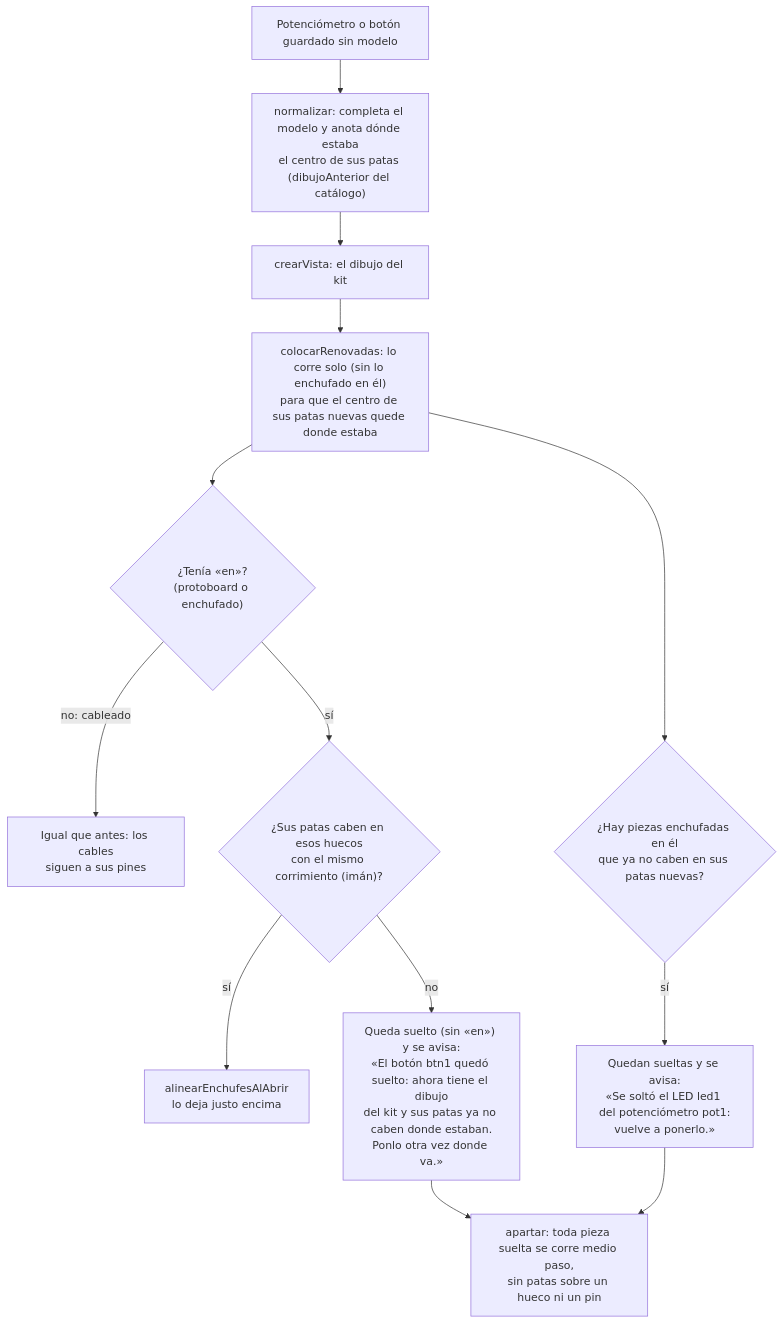
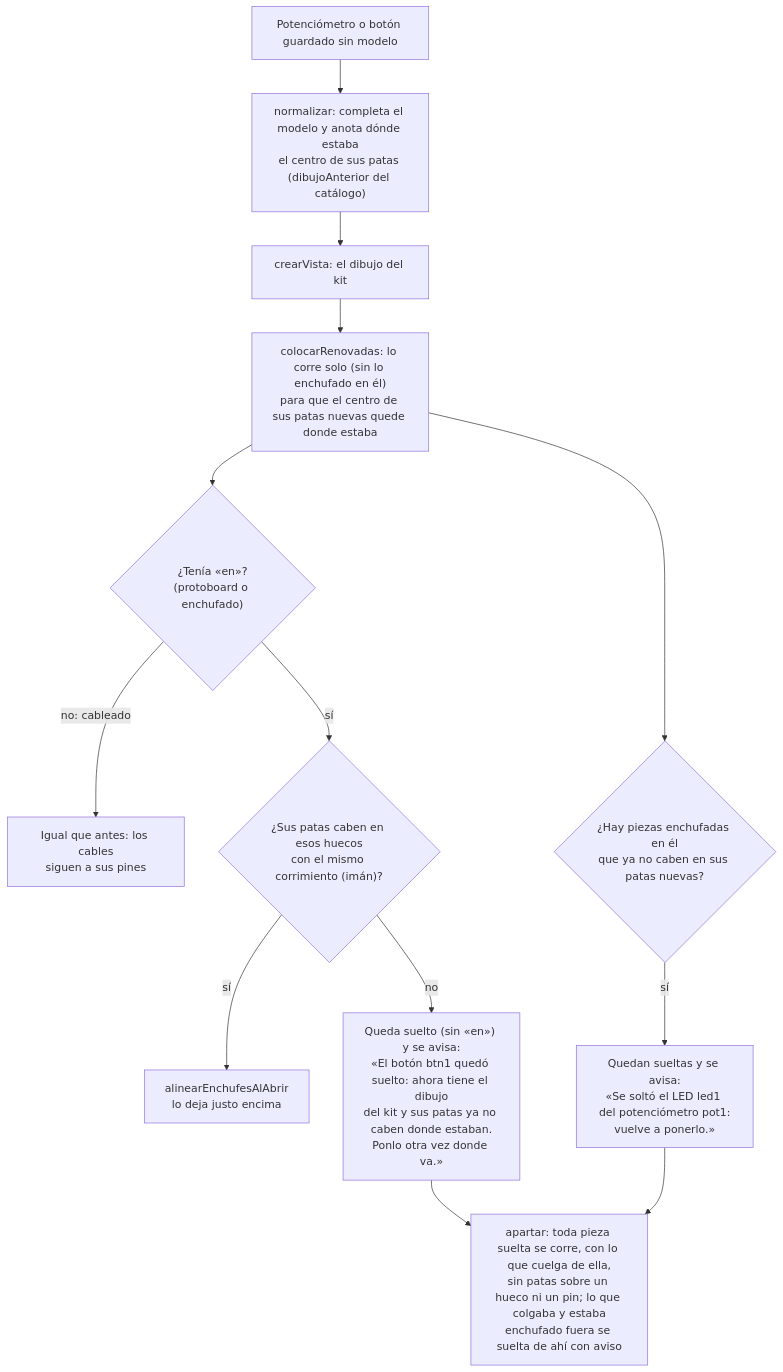
One commit to EMariotte/TecnoCircuito changed the ninth of 9 diagrams in prototipo/COMO-FUNCIONA.md. Above: the diagram before and after it, drawn with Mermaid. The commit also changed other lines of this file and 5 other files, not shown here.

````diff
--- a/prototipo/COMO-FUNCIONA.md
+++ b/prototipo/COMO-FUNCIONA.md
@@ -2372,15 +2372,15 @@
 ```mermaid
 flowchart TD
   A["Potenciómetro o botón guardado sin modelo"] --> B["normalizar: completa el modelo y anota dónde estaba<br/>el centro de sus patas (dibujoAnterior del catálogo)"]
   B --> C["crearVista: el dibujo del kit"]
   C --> D["colocarRenovadas: lo corre solo (sin lo enchufado en él)<br/>para que el centro de sus patas nuevas quede donde estaba"]
   D --> E{"¿Tenía «en»?<br/>(protoboard o enchufado)"}
   E -->|no: cableado| F["Igual que antes: los cables<br/>siguen a sus pines"]
   E -->|sí| G{"¿Sus patas caben en esos huecos<br/>con el mismo corrimiento (imán)?"}
   G -->|sí| H["alinearEnchufesAlAbrir<br/>lo deja justo encima"]
   G -->|no| I["Queda suelto (sin «en») y se avisa:<br/>«El botón btn1 quedó suelto: ahora tiene el dibujo<br/>del kit y sus patas ya no caben donde estaban.<br/>Ponlo otra vez donde va.»"]
   D --> J{"¿Hay piezas enchufadas en él<br/>que ya no caben en sus patas nuevas?"}
   J -->|sí| K["Quedan sueltas y se avisa:<br/>«Se soltó el LED led1 del potenciómetro pot1:<br/>vuelve a ponerlo.»"]
-  I --> L["apartar: toda pieza suelta se corre medio paso,<br/>sin patas sobre un hueco ni un pin"]
+  I --> L["apartar: toda pieza suelta se corre, con lo que cuelga de ella,<br/>sin patas sobre un hueco ni un pin; lo que colgaba y estaba<br/>enchufado fuera se suelta de ahí con aviso"]
   K --> L
 ```
````
